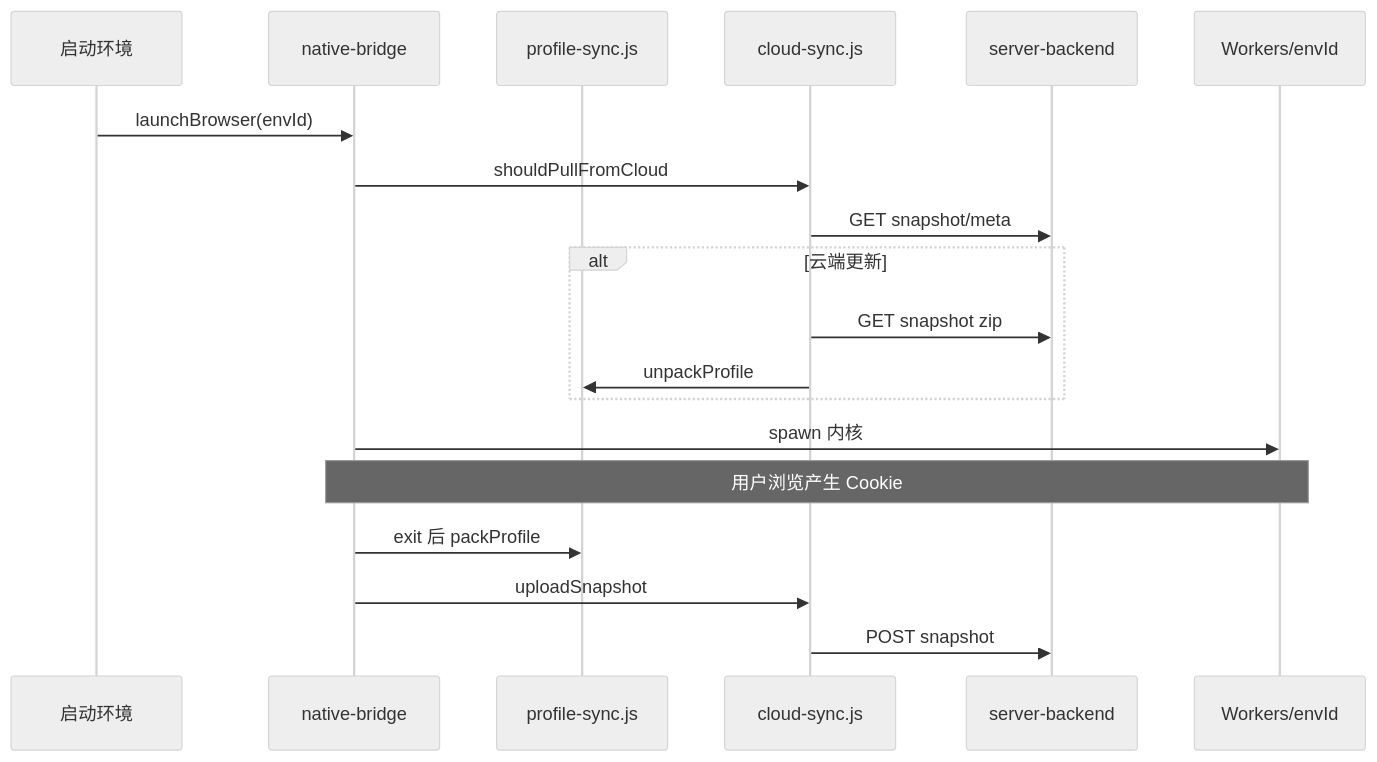
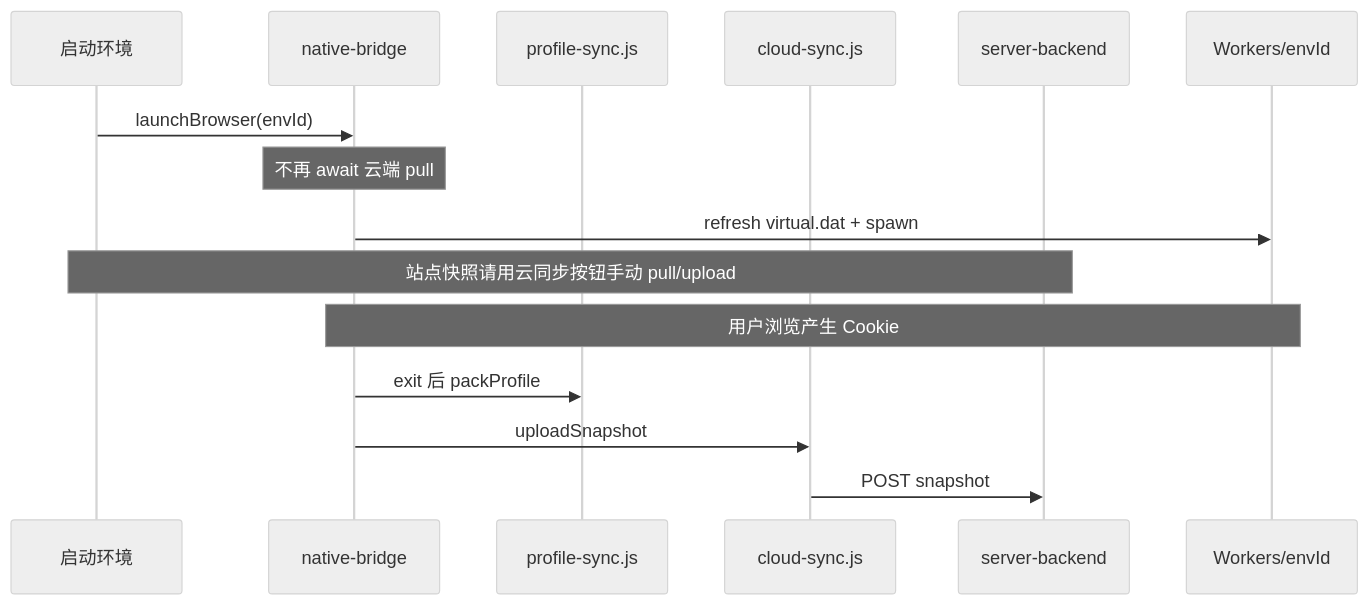
Before and after one commit to 0xZxh/VirtualBrowser: the diagram in docs/modules/05-profile-cloud-sync.md, drawn with Mermaid (neutral theme). The commit also changed other lines of this file and 103 other files, not shown here.

````diff
--- a/docs/modules/05-profile-cloud-sync.md
+++ b/docs/modules/05-profile-cloud-sync.md
@@ -28,22 +39,18 @@
 ```mermaid
 sequenceDiagram
   participant UI as 启动环境
   participant Bridge as native-bridge
   participant PS as profile-sync.js
   participant CS as cloud-sync.js
   participant BE as server-backend
   participant Disk as Workers/envId
 
   UI->>Bridge: launchBrowser(envId)
-  Bridge->>CS: shouldPullFromCloud
-  CS->>BE: GET snapshot/meta
-  alt 云端更新
-    CS->>BE: GET snapshot zip
-    CS->>PS: unpackProfile
-  end
-  Bridge->>Disk: spawn 内核
+  Note over Bridge: 不再 await 云端 pull
+  Bridge->>Disk: refresh virtual.dat + spawn
+  Note over UI,BE: 站点快照请用云同步按钮手动 pull/upload
   Note over Bridge,Disk: 用户浏览产生 Cookie
   Bridge->>PS: exit 后 packProfile
   Bridge->>CS: uploadSnapshot
   CS->>BE: POST snapshot
 ```
````
